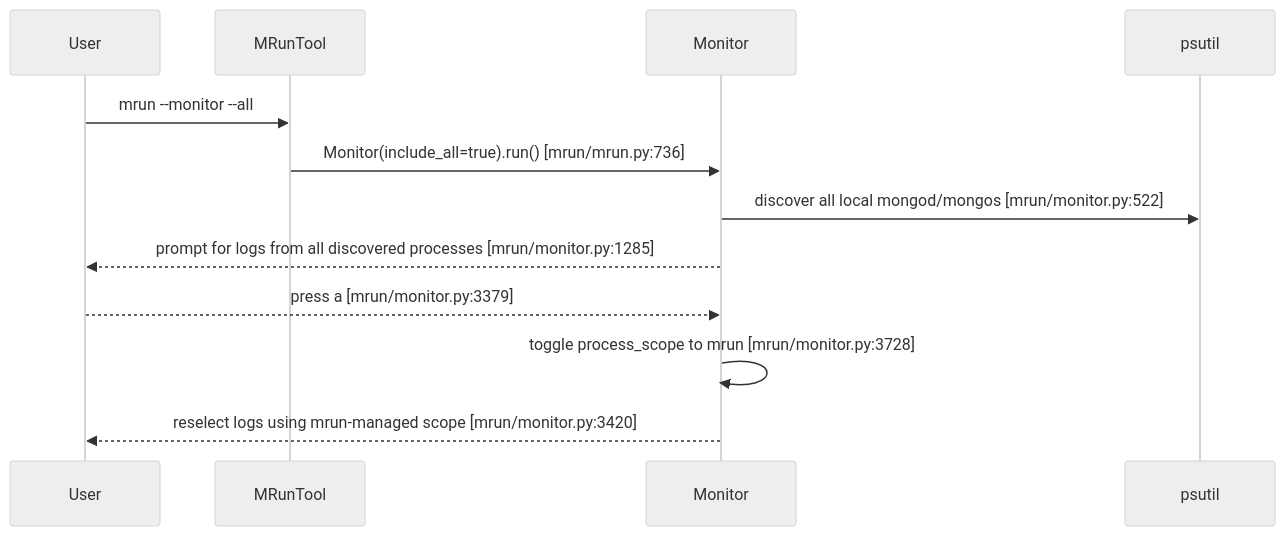
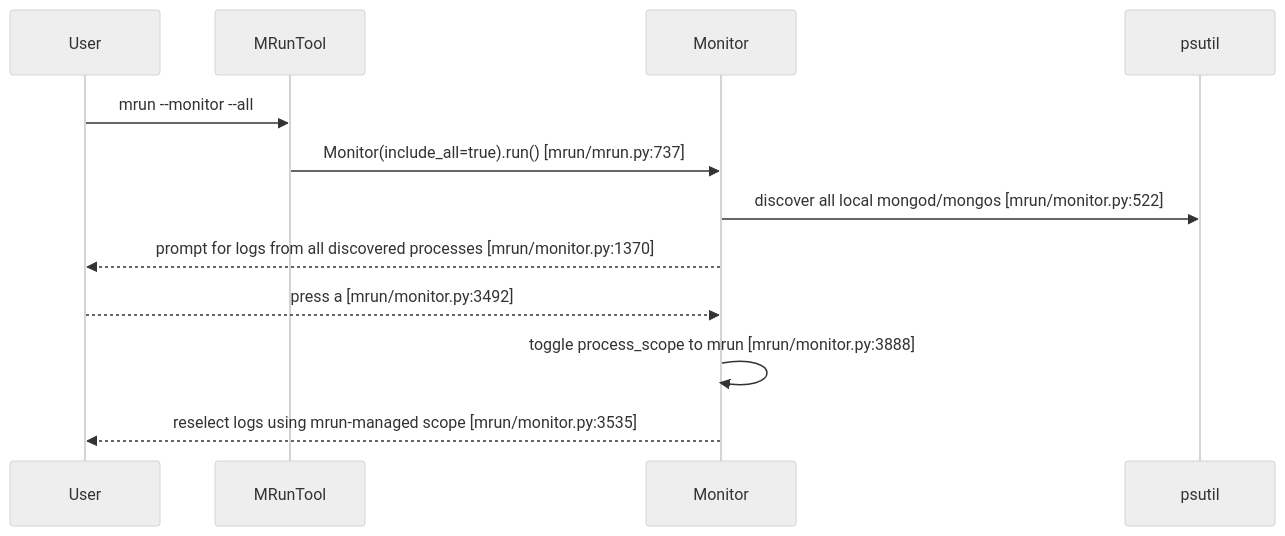
One commit to mongodb/mlaunch changed the second of 12 diagrams in doc/feature-monitor-guide.md. Above: the diagram before and after it, drawn with Mermaid (neutral theme). The commit also changed other lines of this file and 2 other files, not shown here.

````diff
--- a/doc/feature-monitor-guide.md
+++ b/doc/feature-monitor-guide.md
@@ -183,15 +186,15 @@
 ```mermaid
 sequenceDiagram
     participant User
     participant Tool as MRunTool
     participant Monitor as Monitor
     participant PS as psutil
 
     User->>Tool: mrun --monitor --all
-    Tool->>Monitor: Monitor(include_all=true).run() [mrun/mrun.py:736]
+    Tool->>Monitor: Monitor(include_all=true).run() [mrun/mrun.py:737]
     Monitor->>PS: discover all local mongod/mongos [mrun/monitor.py:522]
-    Monitor-->>User: prompt for logs from all discovered processes [mrun/monitor.py:1285]
-    User-->>Monitor: press a [mrun/monitor.py:3379]
-    Monitor->>Monitor: toggle process_scope to mrun [mrun/monitor.py:3728]
-    Monitor-->>User: reselect logs using mrun-managed scope [mrun/monitor.py:3420]
+    Monitor-->>User: prompt for logs from all discovered processes [mrun/monitor.py:1370]
+    User-->>Monitor: press a [mrun/monitor.py:3492]
+    Monitor->>Monitor: toggle process_scope to mrun [mrun/monitor.py:3888]
+    Monitor-->>User: reselect logs using mrun-managed scope [mrun/monitor.py:3535]
 ```
````
